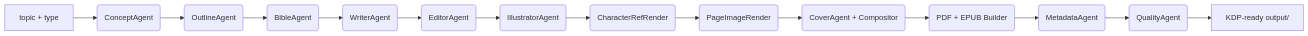
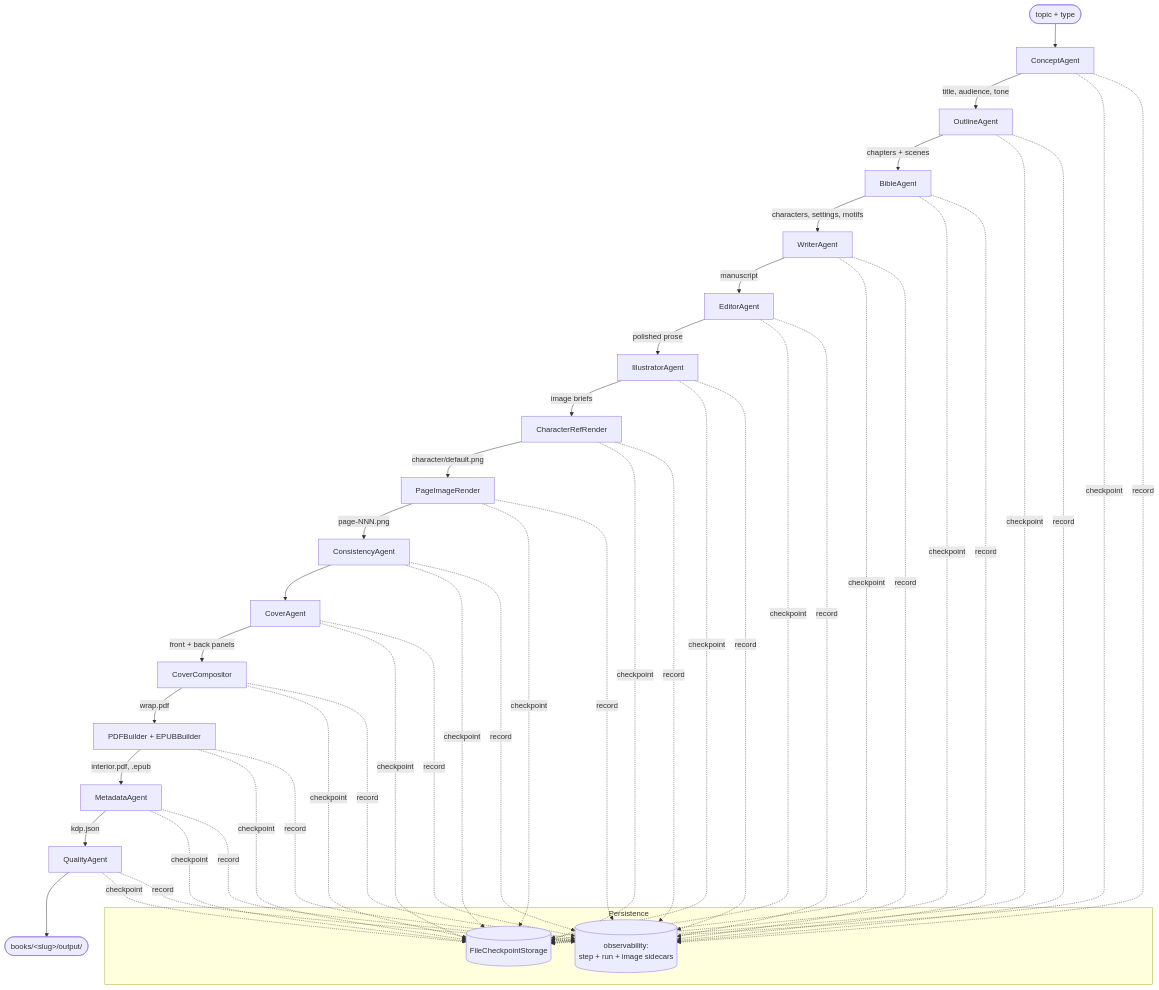
One commit to ShonP/kdp-book changed the diagram in README.md. Above: the diagram before and after it, drawn with Mermaid. The commit also changed other lines of this file and 6 other files, not shown here.

````diff
--- a/README.md
+++ b/README.md
@@ -22,16 +61,26 @@
 ```mermaid
-flowchart LR
-    A[topic + type] --> B(ConceptAgent)
-    B --> C(OutlineAgent)
-    C --> D(BibleAgent)
-    D --> E(WriterAgent)
-    E --> F(EditorAgent)
-    F --> G(IllustratorAgent)
-    G --> H(CharacterRefRender)
-    H --> I(PageImageRender)
-    I --> J(CoverAgent + Compositor)
-    J --> K(PDF + EPUB Builder)
-    K --> L(MetadataAgent)
-    L --> M(QualityAgent)
-    M --> N[KDP-ready output/]
+flowchart TD
+    A([topic + type]) --> B[ConceptAgent]
+    B -->|title, audience, tone| C[OutlineAgent]
+    C -->|chapters + scenes| D[BibleAgent]
+    D -->|characters, settings, motifs| E[WriterAgent]
+    E -->|manuscript| F[EditorAgent]
+    F -->|polished prose| G[IllustratorAgent]
+    G -->|image briefs| H[CharacterRefRender]
+    H -->|character/default.png| I[PageImageRender]
+    I -->|page-NNN.png| J[ConsistencyAgent]
+    J --> K[CoverAgent]
+    K -->|front + back panels| L[CoverCompositor]
+    L -->|wrap.pdf| M[PDFBuilder + EPUBBuilder]
+    M -->|interior.pdf, .epub| N[MetadataAgent]
+    N -->|kdp.json| O[QualityAgent]
+    O --> P([books/&lt;slug&gt;/output/])
+
+    subgraph Persistence
+      CP[(FileCheckpointStorage)]
+      OBS[(observability:<br/>step + run + image sidecars)]
+    end
+
+    B & C & D & E & F & G & H & I & J & K & L & M & N & O -. checkpoint .-> CP
+    B & C & D & E & F & G & H & I & J & K & L & M & N & O -. record .-> OBS
 ```
````
